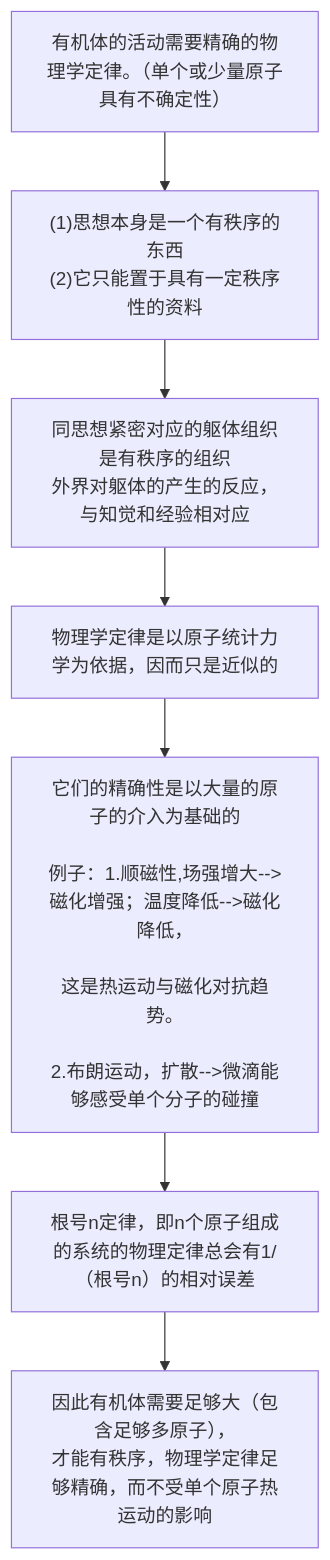
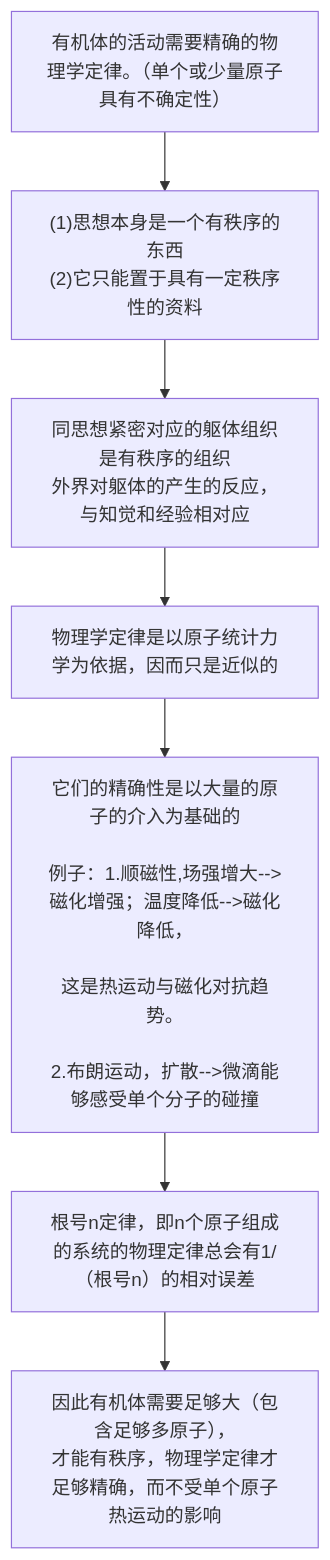
The diagram in Literature/《生命是什么》.md (zfz1120/LearningNotes), drawn with Mermaid before and after one commit. The commit also changed other lines of this file, not shown here.

````diff
--- a/Literature/《生命是什么》.md
+++ b/Literature/《生命是什么》.md
@@ -11,13 +17,13 @@
 ```mermaid
 graph TD
 A["有机体的活动需要精确的物理学定律。（单个或少量原子具有不确定性）"]
 -->B["(1)思想本身是一个有秩序的东西<br/>(2)它只能置于具有一定秩序性的资料"];
 B-->C["同思想紧密对应的躯体组织是有秩序的组织<br/>外界对躯体的产生的反应，与知觉和经验相对应"];
 C-->D["物理学定律是以原子统计力学为依据，因而只是近似的"];
 D-->E["它们的精确性是以大量的原子的介入为基础的<br/>
 例子：1.顺磁性,场强增大-->磁化增强；温度降低-->磁化降低，
 <br/>这是热运动与磁化对抗趋势。
 <br/>2.布朗运动，扩散-->微滴能够感受单个分子的碰撞"];
 E-->F["根号n定律，即n个原子组成的系统的物理定律总会有1/（根号n）的相对误差"];
-F-->G["因此有机体需要足够大（包含足够多原子），<br/>才能有秩序，物理学定律足够精确，而不受单个原子热运动的影响"]
+F-->G["因此有机体需要足够大（包含足够多原子），<br/>才能有秩序，物理学定律才足够精确，而不受单个原子热运动的影响"]
 ```
````
